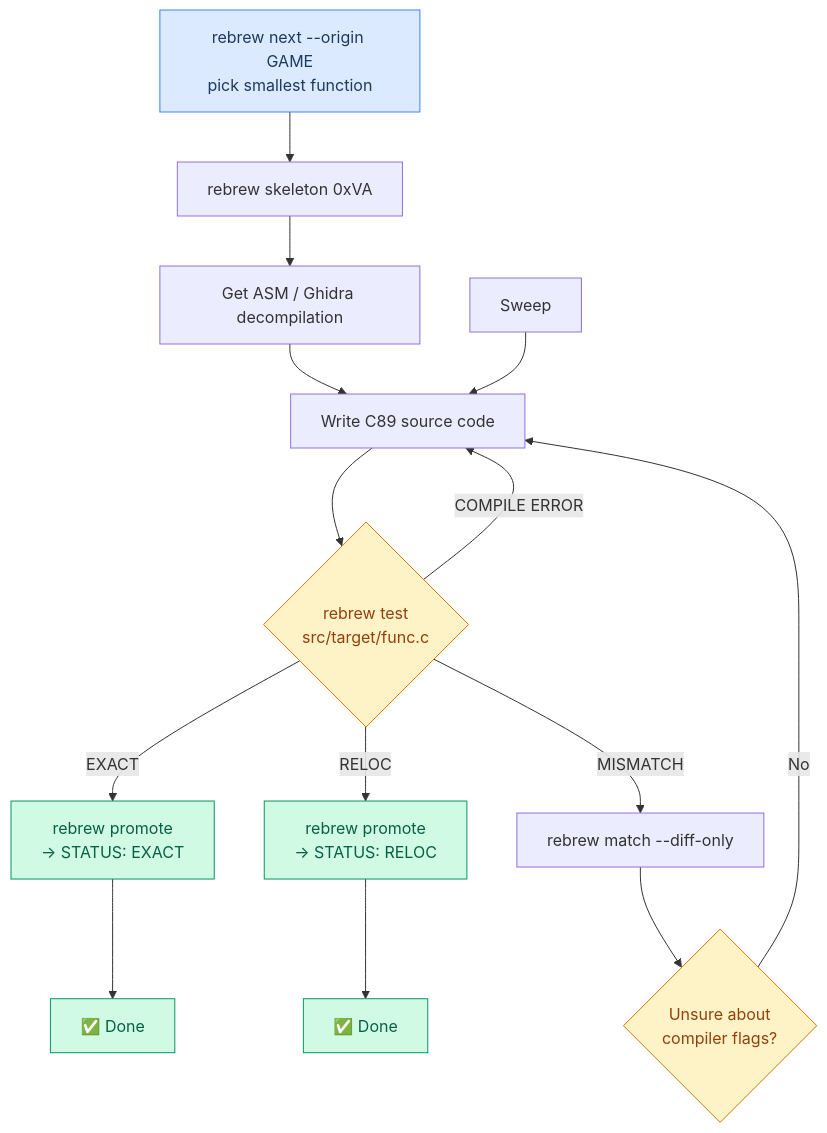
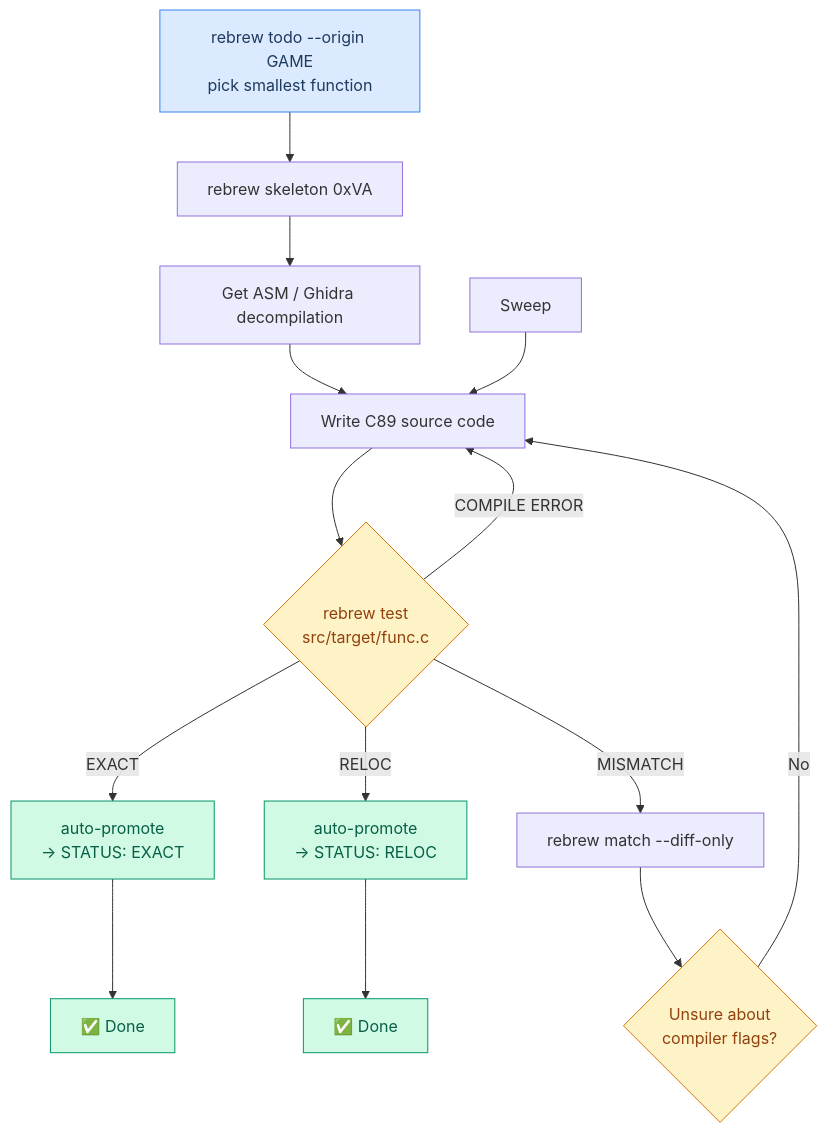
One commit to maci0/rebrew changed the fourth of 16 diagrams in docs/USER_STORIES.md. Above: the diagram before and after it, drawn with Mermaid. The commit also changed other lines of this file and 3 other files, not shown here.

First line of the commit message:
docs: replace ghost commands rebrew next/promote with current equivalents (A3)

````diff
--- a/docs/USER_STORIES.md
+++ b/docs/USER_STORIES.md
@@ -115,24 +115,24 @@
 ```mermaid
 graph TD
-    Pick["rebrew next --origin GAME<br/>pick smallest function"] --> Skel["rebrew skeleton 0xVA"]
+    Pick["rebrew todo --origin GAME<br/>pick smallest function"] --> Skel["rebrew skeleton 0xVA"]
     Skel --> Decompile["Get ASM / Ghidra decompilation"]
     Decompile --> Write["Write C89 source code"]
     Write --> Test{"rebrew test<br/>src/target/func.c"}
-    Test -->|EXACT| Promote["rebrew promote<br/>→ STATUS: EXACT"]
+    Test -->|EXACT| Promote["auto-promote<br/>→ STATUS: EXACT"]
     Promote --> Done["✅ Done"]
-    Test -->|RELOC| PromoteR["rebrew promote<br/>→ STATUS: RELOC"]
+    Test -->|RELOC| PromoteR["auto-promote<br/>→ STATUS: RELOC"]
     PromoteR --> DoneR["✅ Done"]
     Test -->|MISMATCH| Diff["rebrew match --diff-only"]
     Test -->|COMPILE ERROR| Write
     Diff --> Flags{"Unsure about<br/>compiler flags?"}
     Sweep --> Write
     Flags -->|No| Write
 
     style Pick fill:#dbeafe,stroke:#3b82f6,color:#1e3a5f
     style Promote fill:#d1fae5,stroke:#059669,color:#065f46
     style PromoteR fill:#d1fae5,stroke:#059669,color:#065f46
     style Done fill:#d1fae5,stroke:#059669,color:#065f46
     style DoneR fill:#d1fae5,stroke:#059669,color:#065f46
     style Test fill:#fef3c7,stroke:#d97706,color:#92400e
     style Flags fill:#fef3c7,stroke:#d97706,color:#92400e
 ```
````
